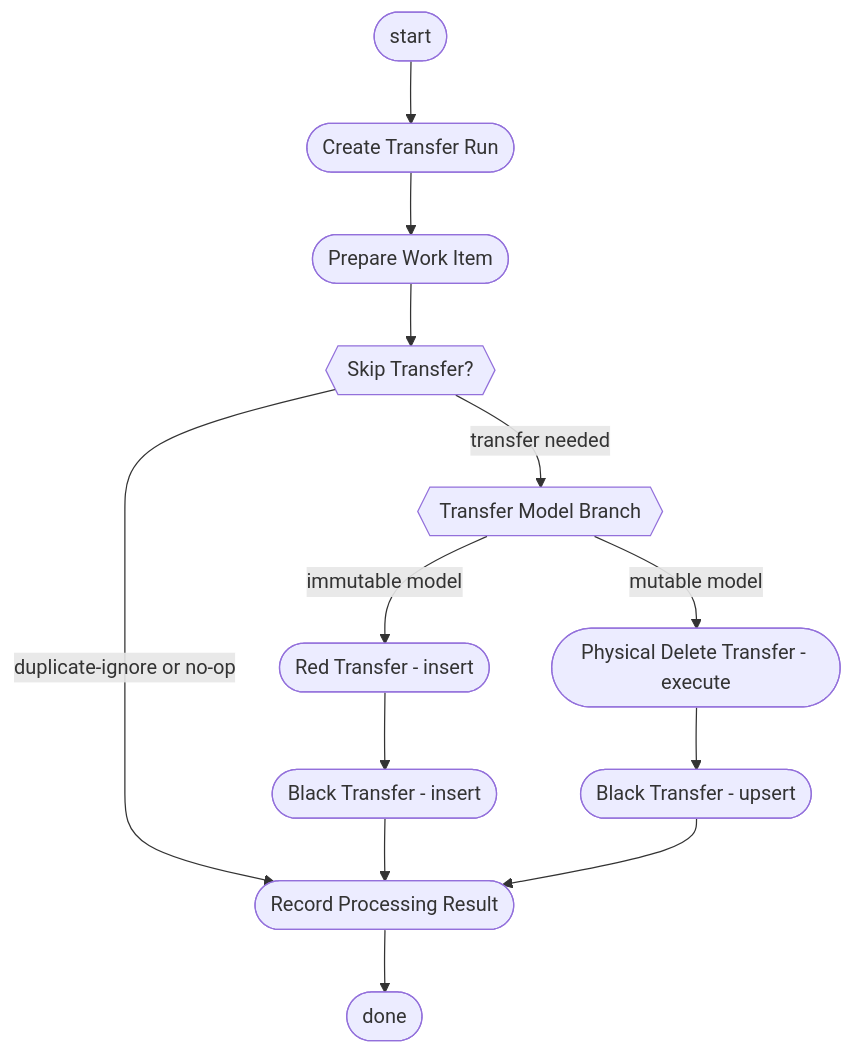
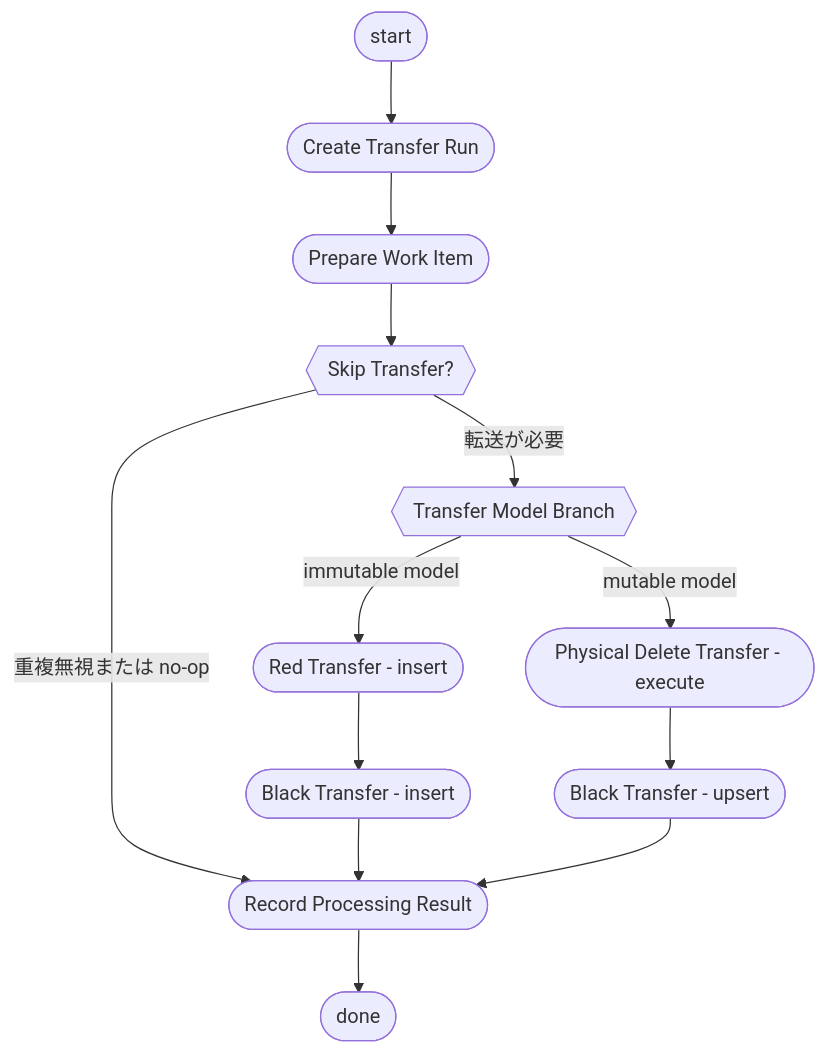
Before and after one commit to mk3008/rawsql-ts: the second of 9 diagrams in packages/transfer/docs/processes/transfer-execution-process.md, drawn with Mermaid. The commit also changed other lines of this file and 70 other files, not shown here.

````diff
--- a/packages/transfer/docs/processes/transfer-execution-process.md
+++ b/packages/transfer/docs/processes/transfer-execution-process.md
@@ -48,27 +30,27 @@
 ```mermaid
 flowchart TD
   Start(["start"])
   CreateRun(["Create Transfer Run"])
   PrepareWorkItem(["Prepare Work Item"])
   SkipTransfer{{"Skip Transfer?"}}
   TransferModelBranch{{"Transfer Model Branch"}}
   RedTransfer(["Red Transfer - insert"])
   BlackTransferInsert(["Black Transfer - insert"])
   PhysicalDeleteTransfer(["Physical Delete Transfer - execute"])
   BlackTransferUpsert(["Black Transfer - upsert"])
   RecordResult(["Record Processing Result"])
   Done(["done"])
 
   Start --> CreateRun
   CreateRun --> PrepareWorkItem
   PrepareWorkItem --> SkipTransfer
-  SkipTransfer -->|"duplicate-ignore or no-op"| RecordResult
-  SkipTransfer -->|"transfer needed"| TransferModelBranch
+  SkipTransfer -->|"重複無視または no-op"| RecordResult
+  SkipTransfer -->|"転送が必要"| TransferModelBranch
   TransferModelBranch -->|"immutable model"| RedTransfer
   RedTransfer --> BlackTransferInsert
   BlackTransferInsert --> RecordResult
   TransferModelBranch -->|"mutable model"| PhysicalDeleteTransfer
   PhysicalDeleteTransfer --> BlackTransferUpsert
   BlackTransferUpsert --> RecordResult
   RecordResult --> Done
 ```
````
